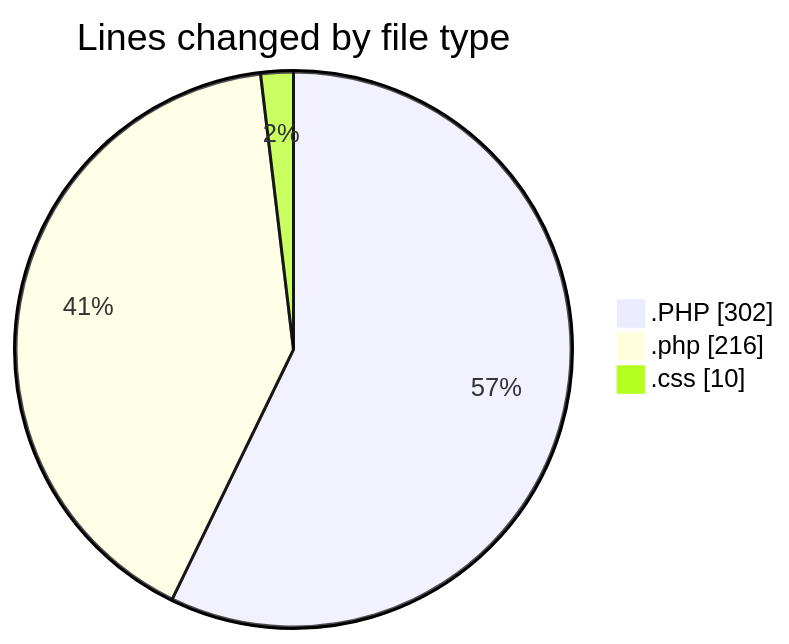
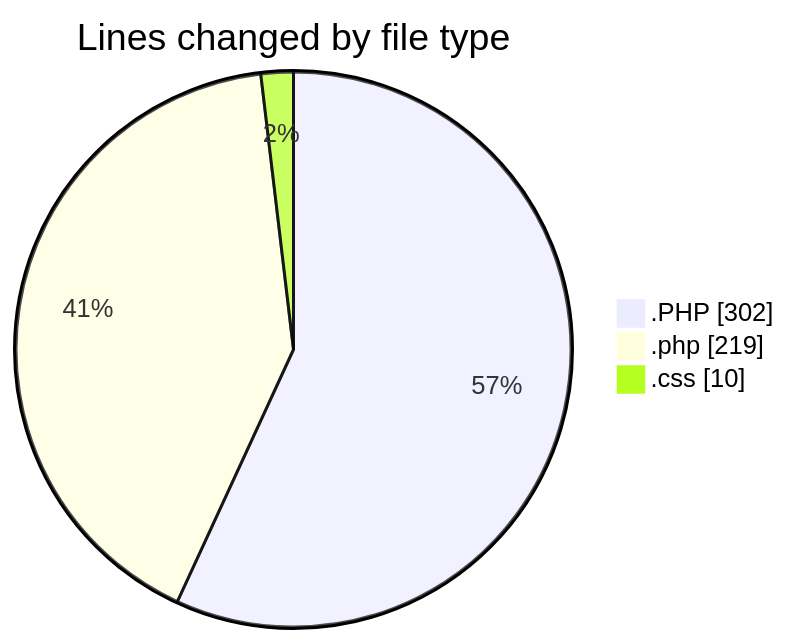
Before and after one commit to LanceThiago/code-tracking: the first of 2 diagrams in 2025-05-15/jogo/README.md, drawn with Mermaid. The commit also changed other lines of this file and 1 other file, not shown here.

````diff
--- a/2025-05-15/jogo/README.md
+++ b/2025-05-15/jogo/README.md
@@ -22,7 +22,7 @@
 ```mermaid
 pie showData
 title Lines changed by file type
 ".PHP" : 302
-".php" : 216
+".php" : 219
 ".css" : 10
 ```
````
